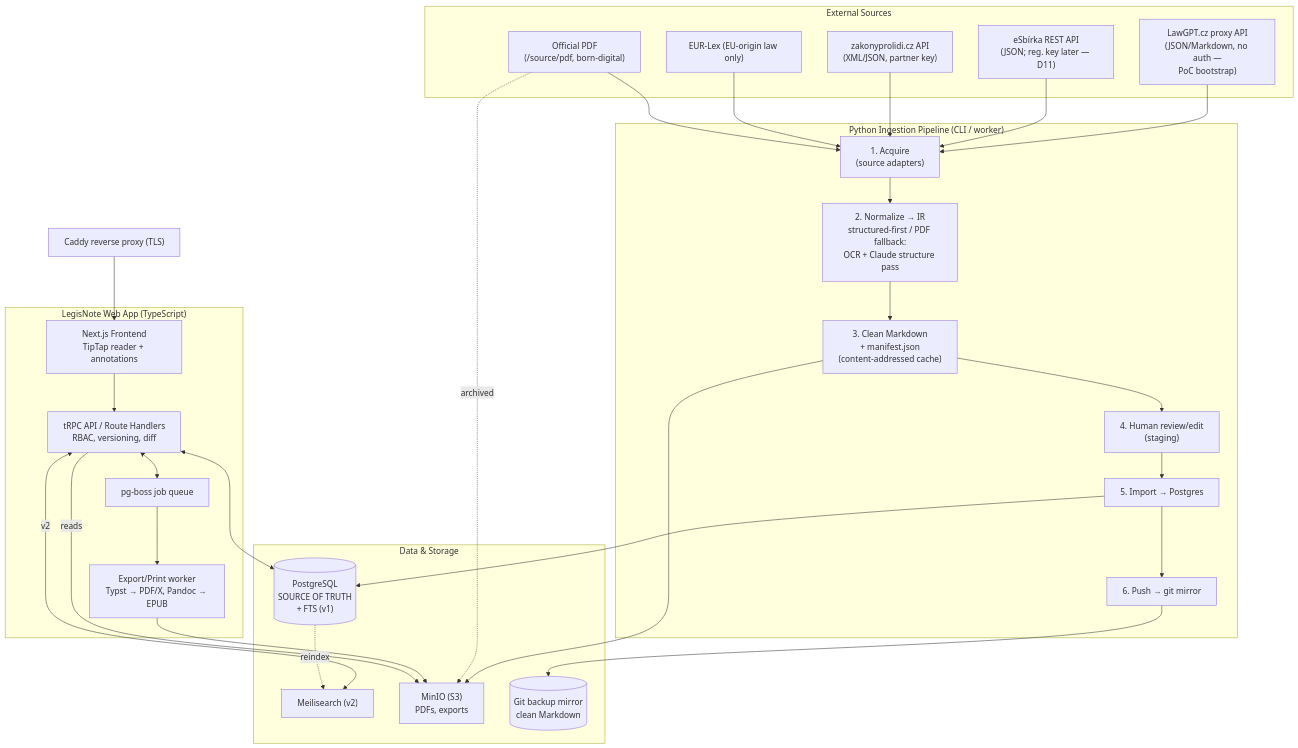
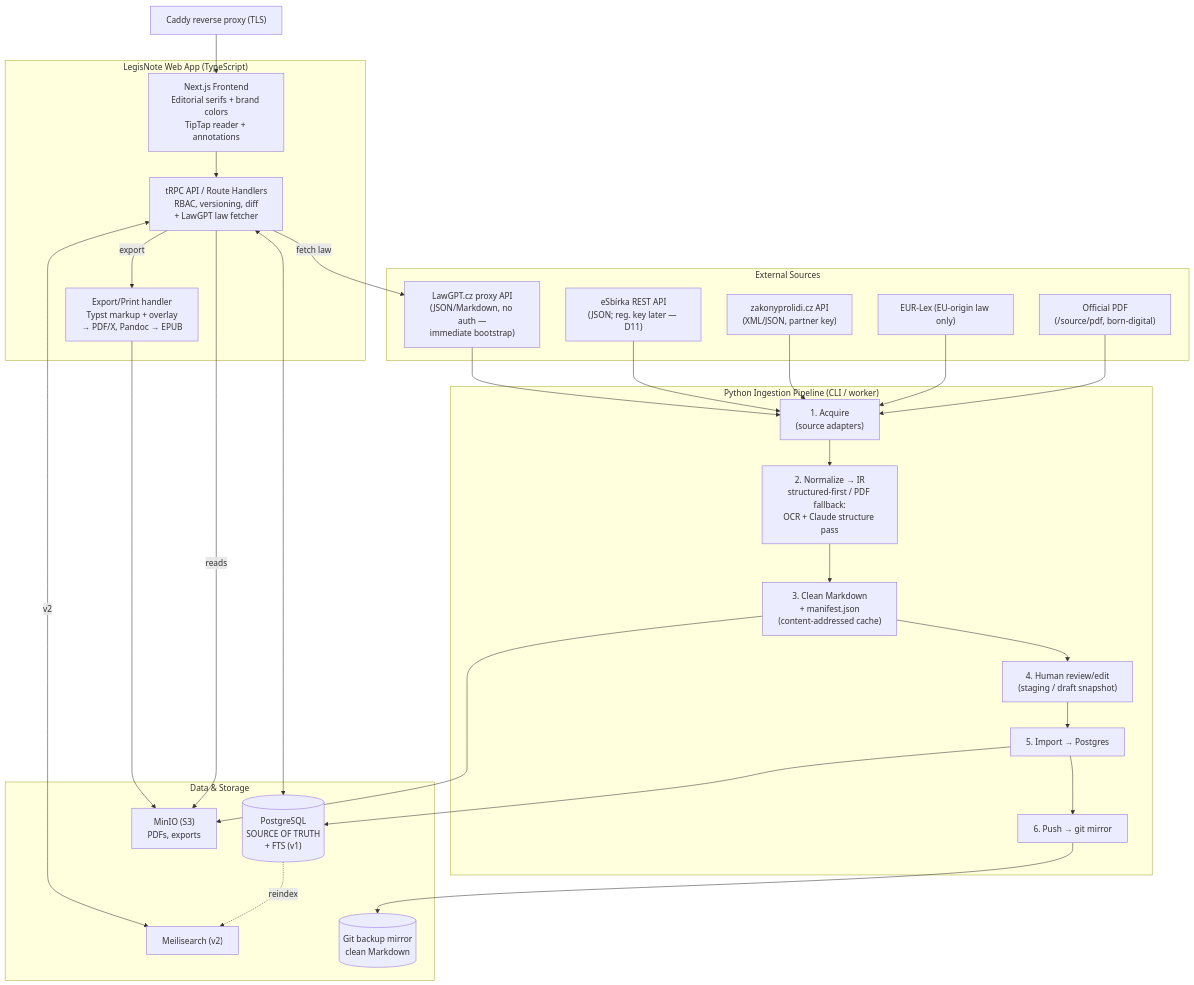
Before and after one commit to PiechZ/LegisNote: the first of 3 diagrams in docs/architecture.md, drawn with Mermaid. The commit also changed other lines of this file and 2 other files, not shown here.

````diff
--- a/docs/architecture.md
+++ b/docs/architecture.md
@@ -47,54 +48,52 @@
 ```mermaid
 flowchart TB
     subgraph sources["External Sources"]
-        LAWGPT["LawGPT.cz proxy API<br/>(JSON/Markdown, no auth —<br/>PoC bootstrap)"]
+        LAWGPT["LawGPT.cz proxy API<br/>(JSON/Markdown, no auth —<br/>immediate bootstrap)"]
         ESB["eSbírka REST API<br/>(JSON; reg. key later — D11)"]
         ZPL["zakonyprolidi.cz API<br/>(XML/JSON, partner key)"]
         EURLEX["EUR-Lex (EU-origin law only)"]
         PDF["Official PDF<br/>(/source/pdf, born-digital)"]
     end
 
     subgraph ingest["Python Ingestion Pipeline (CLI / worker)"]
         ACQ["1. Acquire<br/>(source adapters)"]
         NORM["2. Normalize → IR<br/>structured-first / PDF fallback:<br/>OCR + Claude structure pass"]
         CLEAN["3. Clean Markdown<br/>+ manifest.json<br/>(content-addressed cache)"]
-        REVIEW["4. Human review/edit<br/>(staging)"]
+        REVIEW["4. Human review/edit<br/>(staging / draft snapshot)"]
         IMPORT["5. Import → Postgres"]
         GITPUSH["6. Push → git mirror"]
     end
 
     subgraph app["LegisNote Web App (TypeScript)"]
-        FE["Next.js Frontend<br/>TipTap reader + annotations"]
-        API["tRPC API / Route Handlers<br/>RBAC, versioning, diff"]
-        QUEUE["pg-boss job queue"]
-        EXPORT["Export/Print worker<br/>Typst → PDF/X, Pandoc → EPUB"]
+        FE["Next.js Frontend<br/>Editorial serifs + brand colors<br/>TipTap reader + annotations"]
+        API["tRPC API / Route Handlers<br/>RBAC, versioning, diff<br/>+ LawGPT law fetcher"]
+        EXPORT["Export/Print handler<br/>Typst markup + overlay<br/>→ PDF/X, Pandoc → EPUB"]
     end
 
     subgraph data["Data & Storage"]
         PG[("PostgreSQL<br/>SOURCE OF TRUTH<br/>+ FTS (v1)")]
         SEARCH["Meilisearch (v2)"]
         OBJ["MinIO (S3)<br/>PDFs, exports"]
         GIT[("Git backup mirror<br/>clean Markdown")]
     end
 
     PROXY["Caddy reverse proxy (TLS)"]
 
     LAWGPT --> ACQ
     ESB --> ACQ
     ZPL --> ACQ
     EURLEX --> ACQ
     PDF --> ACQ
     ACQ --> NORM --> CLEAN --> REVIEW --> IMPORT --> PG
     CLEAN --> OBJ
     IMPORT --> GITPUSH --> GIT
-    PDF -. archived .-> OBJ
 
     PROXY --> FE --> API
     API <--> PG
-    API <--> QUEUE
-    QUEUE --> EXPORT
+    API -->|fetch law| LAWGPT
     EXPORT --> OBJ
+    API -->|export| EXPORT
     API -->|reads| OBJ
     API <-->|v2| SEARCH
     PG -. reindex .-> SEARCH
 ```
````
